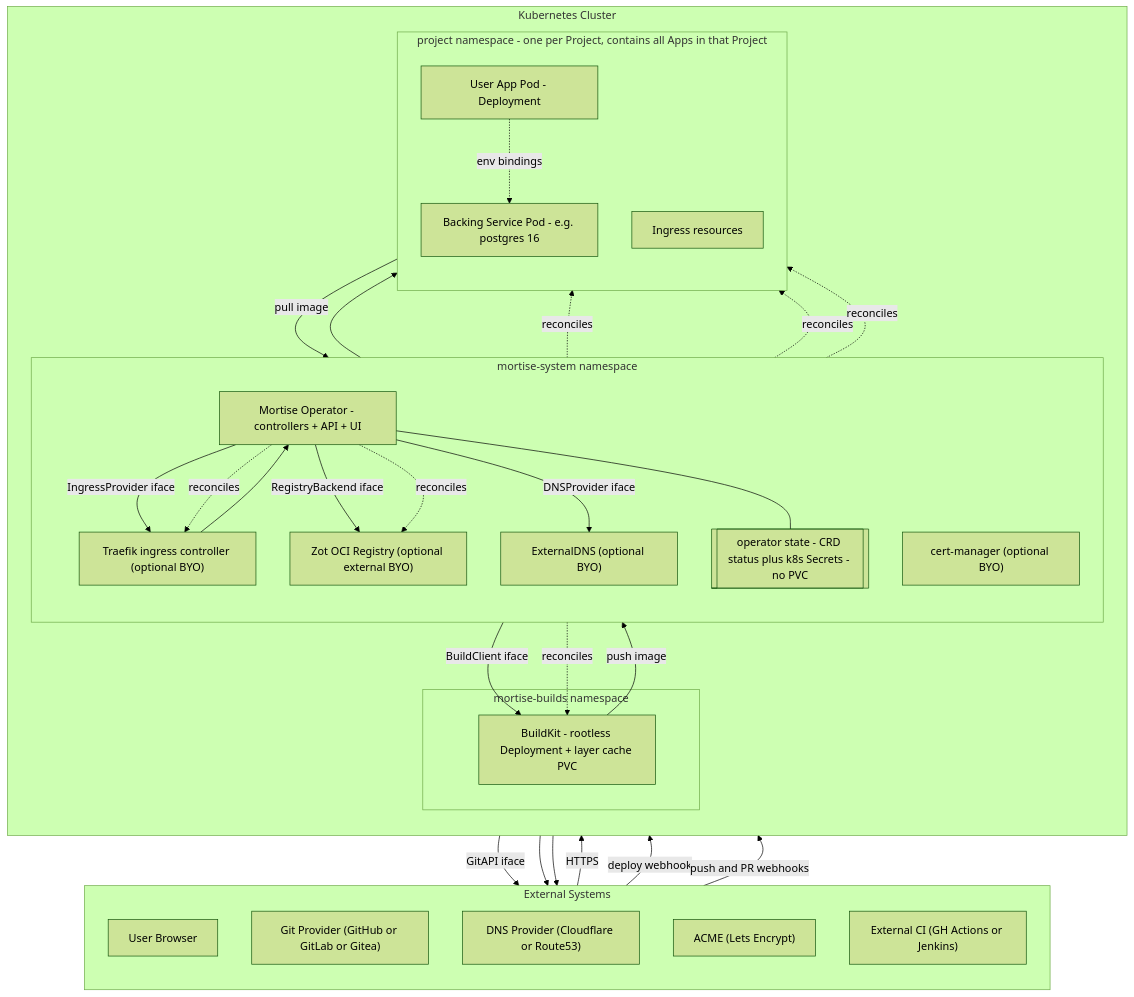
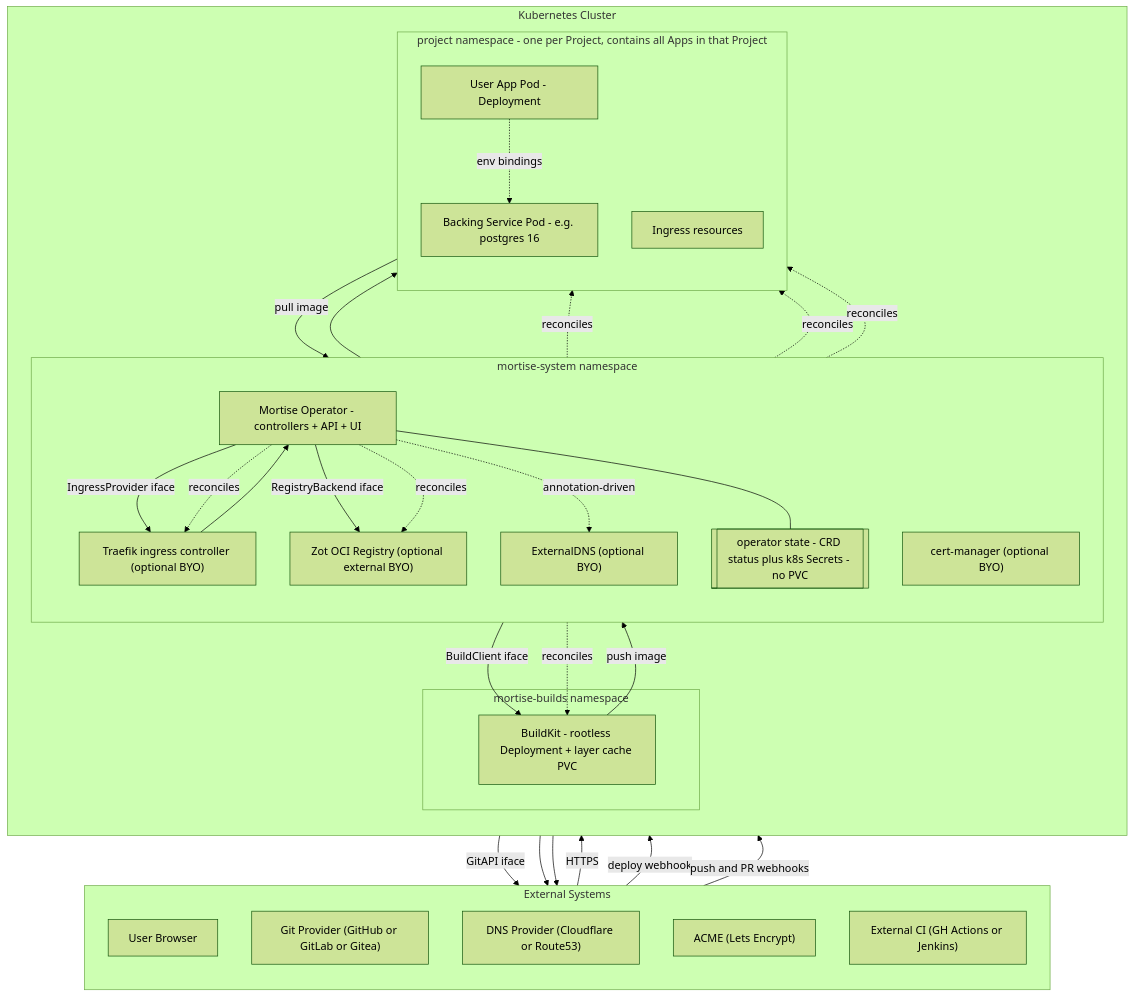
One commit to mortise-org/mortise changed the first of 5 diagrams in ARCHITECTURE.md. Above: the diagram before and after it, drawn with Mermaid (forest theme). The commit also changed other lines of this file and 5 other files, not shown here.

````diff
--- a/ARCHITECTURE.md
+++ b/ARCHITECTURE.md
@@ -13,65 +13,65 @@
 ```mermaid
 flowchart TB
     subgraph External["External Systems"]
         direction TB
         User["User Browser"]
         GitHub["Git Provider (GitHub or GitLab or Gitea)"]
         DNSProv["DNS Provider (Cloudflare or Route53)"]
         ACME["ACME (Lets Encrypt)"]
         CI["External CI (GH Actions or Jenkins)"]
     end
 
     subgraph Cluster["Kubernetes Cluster"]
         direction TB
 
         subgraph SysNS["mortise-system namespace"]
             direction TB
             Operator["Mortise Operator - controllers + API + UI"]
             MetaDB[["operator state - CRD status plus k8s Secrets - no PVC"]]
             Traefik["Traefik ingress controller (optional BYO)"]
             CertMgr["cert-manager (optional BYO)"]
             ExtDNS["ExternalDNS (optional BYO)"]
             Zot["Zot OCI Registry (optional external BYO)"]
         end
 
         subgraph BuildNS["mortise-builds namespace"]
             BuildKit["BuildKit - rootless Deployment + layer cache PVC"]
         end
 
         subgraph ProjectNS["project namespace - one per Project, contains all Apps in that Project"]
             direction TB
             AppPod["User App Pod - Deployment"]
             BackingPod["Backing Service Pod - e.g. postgres 16"]
             Ing["Ingress resources"]
         end
     end
 
     User -->|HTTPS| Traefik
     Traefik --> AppPod
     Traefik --> Operator
 
     CI -->|deploy webhook| Operator
     GitHub -->|push and PR webhooks| Operator
 
     Operator -->|GitAPI iface| GitHub
     Operator -->|BuildClient iface| BuildKit
     Operator -->|RegistryBackend iface| Zot
     Operator -->|IngressProvider iface| Traefik
-    Operator -->|DNSProvider iface| ExtDNS
+    Operator -.annotation-driven.-> ExtDNS
     Operator --- MetaDB
 
     BuildKit -->|push image| Zot
     AppPod -->|pull image| Zot
 
     ExtDNS --> DNSProv
     CertMgr --> ACME
 
     Operator -.reconciles.-> AppPod
     Operator -.reconciles.-> BackingPod
     Operator -.reconciles.-> Ing
     Operator -.reconciles.-> Traefik
     Operator -.reconciles.-> BuildKit
     Operator -.reconciles.-> Zot
 
     AppPod -.env bindings.-> BackingPod
 ```
````
